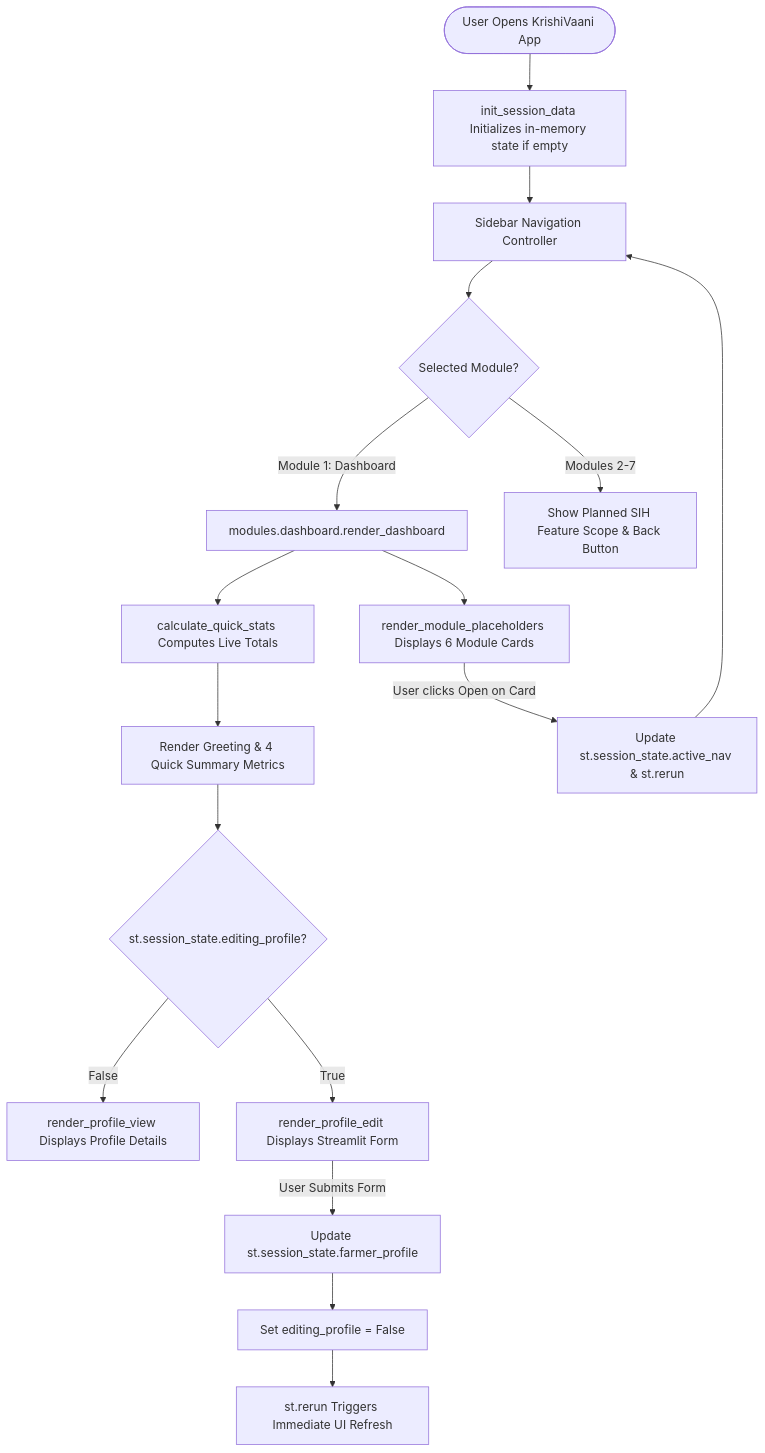
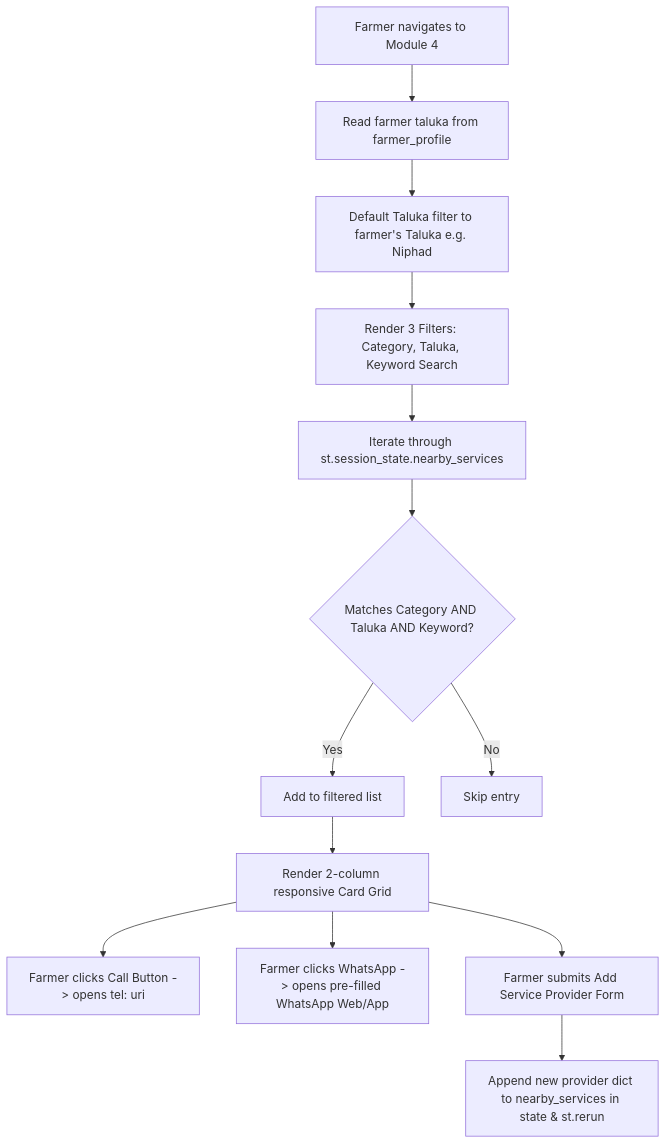
One commit to mruduladere/KrishiVaani changed the second of 2 diagrams in ARCHITECTURE.md. Above: the diagram before and after it, drawn with Mermaid. The commit also changed other lines of this file and 5 other files, not shown here.

Commit message:
feat: complete step 2 - module 2 crop helper with stage advisory and module 4 nearby agricultural services

````diff
--- a/ARCHITECTURE.md
+++ b/ARCHITECTURE.md
@@ -67,24 +170,21 @@
 ```mermaid
 flowchart TD
-    Start([User Opens KrishiVaani App]) --> InitState[init_session_data Initializes in-memory state if empty]
-    InitState --> SidebarNav[Sidebar Navigation Controller]
-    SidebarNav --> CheckSelection{Selected Module?}
+    OpenServices[Farmer navigates to Module 4] --> ReadProfile[Read farmer taluka from farmer_profile]
+    ReadProfile --> SetDefaultTaluka[Default Taluka filter to farmer's Taluka e.g. Niphad]
     
-    CheckSelection -->|Module 1: Dashboard| RenderDash[modules.dashboard.render_dashboard]
-    CheckSelection -->|Modules 2-7| RenderPlaceholder[Show Planned SIH Feature Scope & Back Button]
+    SetDefaultTaluka --> RenderFilters[Render 3 Filters: Category, Taluka, Keyword Search]
     
-    RenderDash --> CalcStats[calculate_quick_stats Computes Live Totals]
-    CalcStats --> ShowCards[Render Greeting & 4 Quick Summary Metrics]
-    ShowCards --> ProfileState{st.session_state.editing_profile?}
+    RenderFilters --> FilterLoop[Iterate through st.session_state.nearby_services]
+    FilterLoop --> CheckMatch{Matches Category AND Taluka AND Keyword?}
     
-    ProfileState -->|False| ViewMode[render_profile_view Displays Profile Details]
-    ProfileState -->|True| EditMode[render_profile_edit Displays Streamlit Form]
+    CheckMatch -->|Yes| AddToFiltered[Add to filtered list]
+    CheckMatch -->|No| Discard[Skip entry]
     
-    EditMode -->|User Submits Form| SaveForm[Update st.session_state.farmer_profile]
-    SaveForm --> SetEditingFalse[Set editing_profile = False]
-    SetEditingFalse --> Rerun[st.rerun Triggers Immediate UI Refresh]
+    AddToFiltered --> RenderGrid[Render 2-column responsive Card Grid]
     
-    RenderDash --> NavGrid[render_module_placeholders Displays 6 Module Cards]
-    NavGrid -->|User clicks Open on Card| ChangeNav[Update st.session_state.active_nav & st.rerun]
-    ChangeNav --> SidebarNav
+    RenderGrid --> ClickCall[Farmer clicks Call Button -> opens tel: uri]
+    RenderGrid --> ClickWA[Farmer clicks WhatsApp -> opens pre-filled WhatsApp Web/App]
+    
+    RenderGrid --> AddProvider[Farmer submits Add Service Provider Form]
+    AddProvider --> AppendService[Append new provider dict to nearby_services in state & st.rerun]
 ```
````
